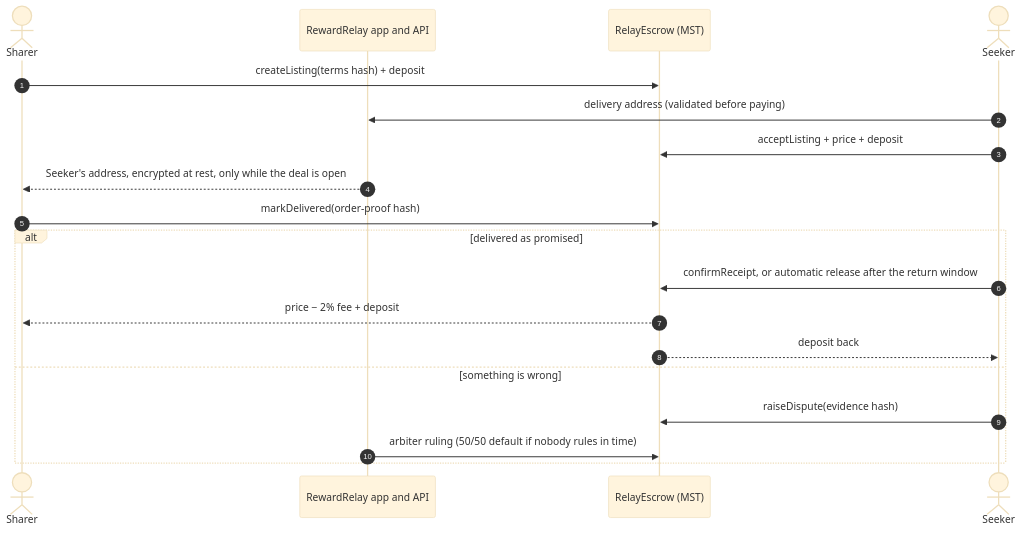
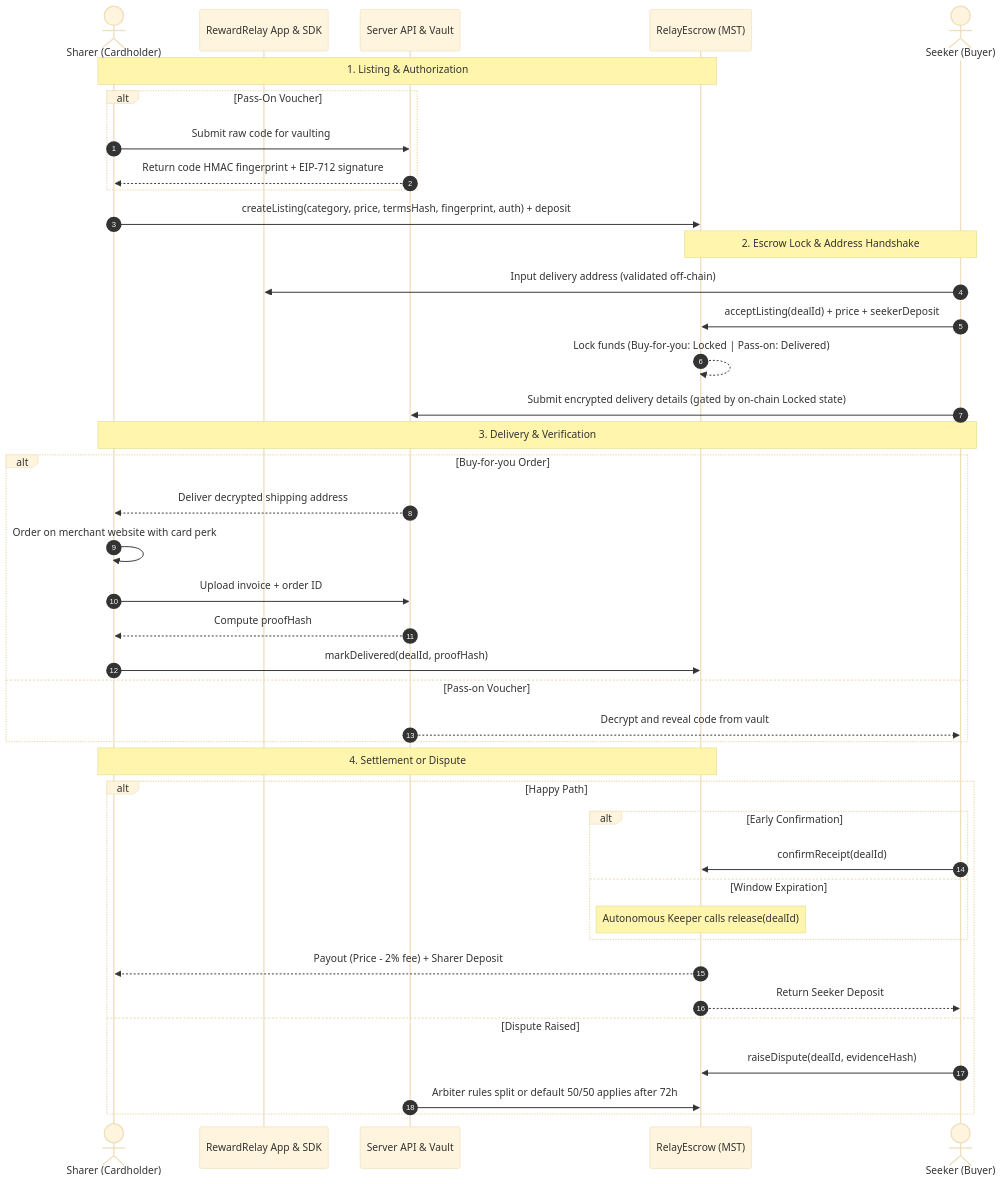
One commit to Atharvchaskar008/RewardRelay changed the first of 3 diagrams in README.md. Above: the diagram before and after it, drawn with Mermaid (base theme). The commit also changed other lines of this file, not shown here.

````diff
--- a/README.md
+++ b/README.md
@@ -59,21 +68,47 @@
 ```mermaid
 sequenceDiagram
     autonumber
-    actor Sharer
-    participant App as RewardRelay app and API
+    actor Sharer as Sharer (Cardholder)
+    participant UI as RewardRelay App & SDK
+    participant API as Server API & Vault
     participant Escrow as RelayEscrow (MST)
-    actor Seeker
-    Sharer->>Escrow: createListing(terms hash) + deposit
-    Seeker->>App: delivery address (validated before paying)
-    Seeker->>Escrow: acceptListing + price + deposit
-    App-->>Sharer: Seeker's address, encrypted at rest, only while the deal is open
-    Sharer->>Escrow: markDelivered(order-proof hash)
-    alt delivered as promised
-        Seeker->>Escrow: confirmReceipt, or automatic release after the return window
-        Escrow-->>Sharer: price − 2% fee + deposit
-        Escrow-->>Seeker: deposit back
-    else something is wrong
-        Seeker->>Escrow: raiseDispute(evidence hash)
-        App->>Escrow: arbiter ruling (50/50 default if nobody rules in time)
+    actor Seeker as Seeker (Buyer)
+
+    Note over Sharer,Escrow: 1. Listing & Authorization
+    alt Pass-On Voucher
+        Sharer->>API: Submit raw code for vaulting
+        API-->>Sharer: Return code HMAC fingerprint + EIP-712 signature
+    end
+    Sharer->>Escrow: createListing(category, price, termsHash, fingerprint, auth) + deposit
+
+    Note over Seeker,Escrow: 2. Escrow Lock & Address Handshake
+    Seeker->>UI: Input delivery address (validated off-chain)
+    Seeker->>Escrow: acceptListing(dealId) + price + seekerDeposit
+    Escrow-->>Escrow: Lock funds (Buy-for-you: Locked | Pass-on: Delivered)
+    Seeker->>API: Submit encrypted delivery details (gated by on-chain Locked state)
+
+    Note over Sharer,Seeker: 3. Delivery & Verification
+    alt Buy-for-you Order
+        API-->>Sharer: Deliver decrypted shipping address
+        Sharer->>Sharer: Order on merchant website with card perk
+        Sharer->>API: Upload invoice + order ID
+        API-->>Sharer: Compute proofHash
+        Sharer->>Escrow: markDelivered(dealId, proofHash)
+    else Pass-on Voucher
+        API-->>Seeker: Decrypt and reveal code from vault
+    end
+
+    Note over Sharer,Escrow: 4. Settlement or Dispute
+    alt Happy Path
+        alt Early Confirmation
+            Seeker->>Escrow: confirmReceipt(dealId)
+        else Window Expiration
+            Note over Escrow: Autonomous Keeper calls release(dealId)
+        end
+        Escrow-->>Sharer: Payout (Price - 2% fee) + Sharer Deposit
+        Escrow-->>Seeker: Return Seeker Deposit
+    else Dispute Raised
+        Seeker->>Escrow: raiseDispute(dealId, evidenceHash)
+        API->>Escrow: Arbiter rules split or default 50/50 applies after 72h
     end
 ```
````
